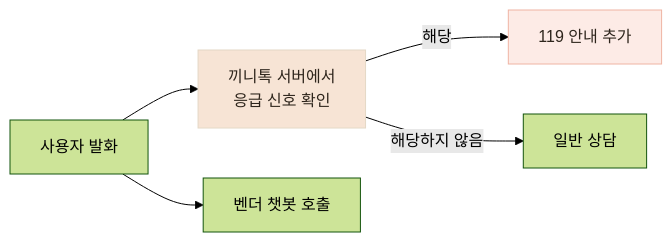
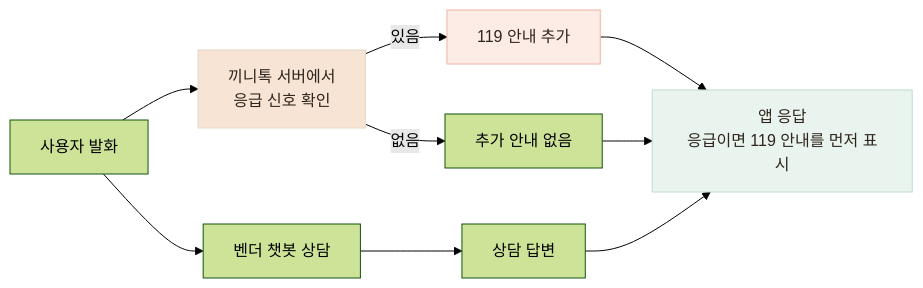
Before and after one commit to Jinacker/PortFolio: the diagram in public/mds/kkinitalk/verify-3-emergency.md, drawn with Mermaid (forest theme). The commit also changed other lines of this file and 2 other files, not shown here.

````diff
--- a/public/mds/kkinitalk/verify-3-emergency.md
+++ b/public/mds/kkinitalk/verify-3-emergency.md
@@ -30,10 +30,15 @@
 ```mermaid
 flowchart LR
     INPUT["사용자 발화"] --> CHECK["끼니톡 서버에서<br/>응급 신호 확인"]
-    CHECK -->|"해당"| NOTICE["119 안내 추가"]
-    CHECK -->|"해당하지 않음"| NORMAL["일반 상담"]
-    INPUT --> VENDOR["벤더 챗봇 호출"]
+    CHECK -->|"있음"| NOTICE["119 안내 추가"]
+    CHECK -->|"없음"| NONE["추가 안내 없음"]
+    INPUT --> VENDOR["벤더 챗봇 상담"]
+    VENDOR --> REPLY["상담 답변"]
+    NOTICE --> OUT["앱 응답<br/>응급이면 119 안내를 먼저 표시"]
+    NONE --> OUT
+    REPLY --> OUT
 
     style CHECK fill:#F7E4D5,stroke:#E4D8C6,color:#2E251C
     style NOTICE fill:#FDEBE6,stroke:#EFB4A3,color:#2E251C
+    style OUT fill:#EAF4EE,stroke:#BFDCCB,color:#2E251C
 ```
````
